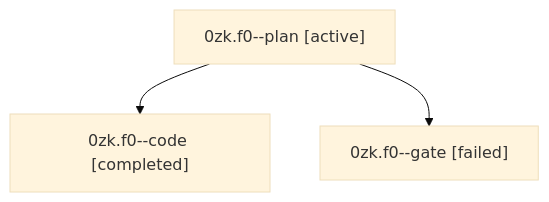
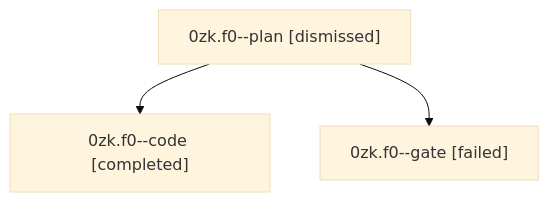
The diagram in sessions/bbugyi200.athena.0zk.f0.md (bobs-org/bob-cli--agents), drawn with Mermaid (base theme) before and after one commit. The commit also changed other lines of this file and 9 other files, not shown here.

````diff
--- a/sessions/bbugyi200.athena.0zk.f0.md
+++ b/sessions/bbugyi200.athena.0zk.f0.md
@@ -9,8 +9,8 @@
 ```mermaid
 flowchart TD
-  n0["0zk.f0--plan [active]"]
+  n0["0zk.f0--plan [dismissed]"]
   n1["0zk.f0--code [completed]"]
   n0 --> n1
   n2["0zk.f0--gate [failed]"]
   n0 --> n2
 ```
````
